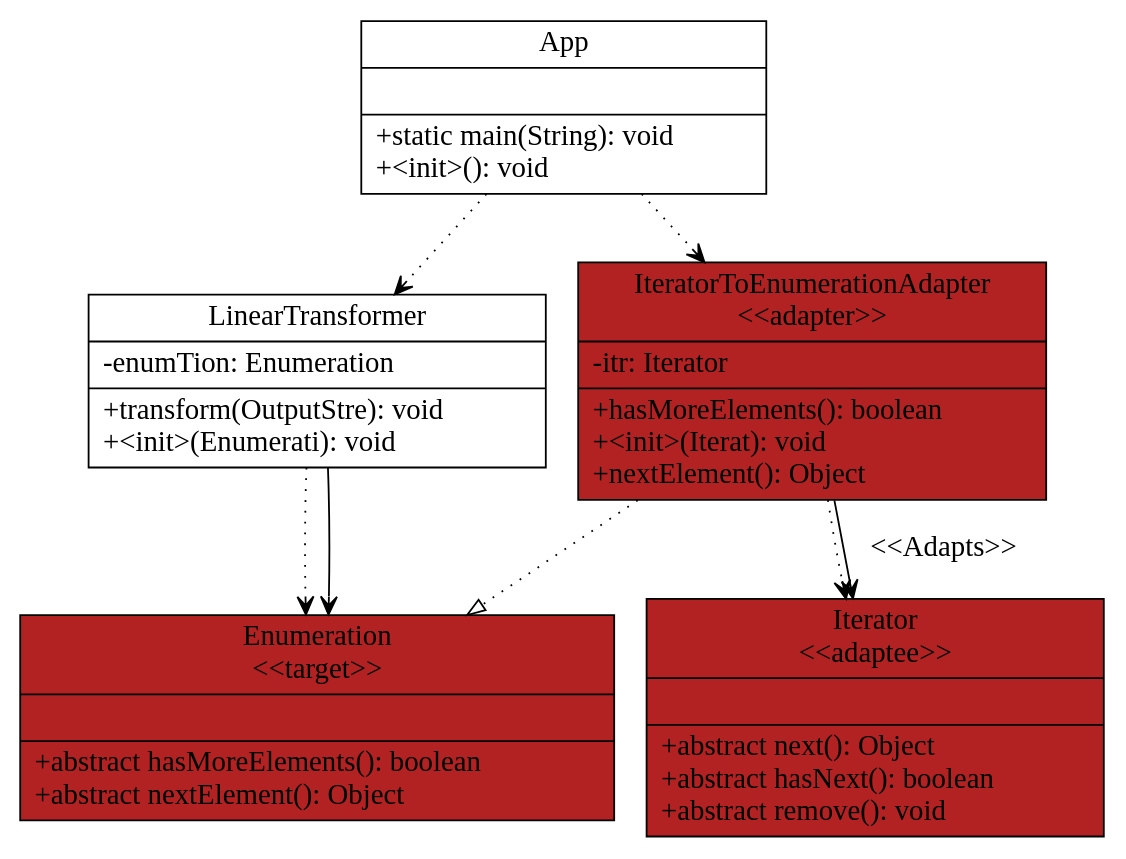
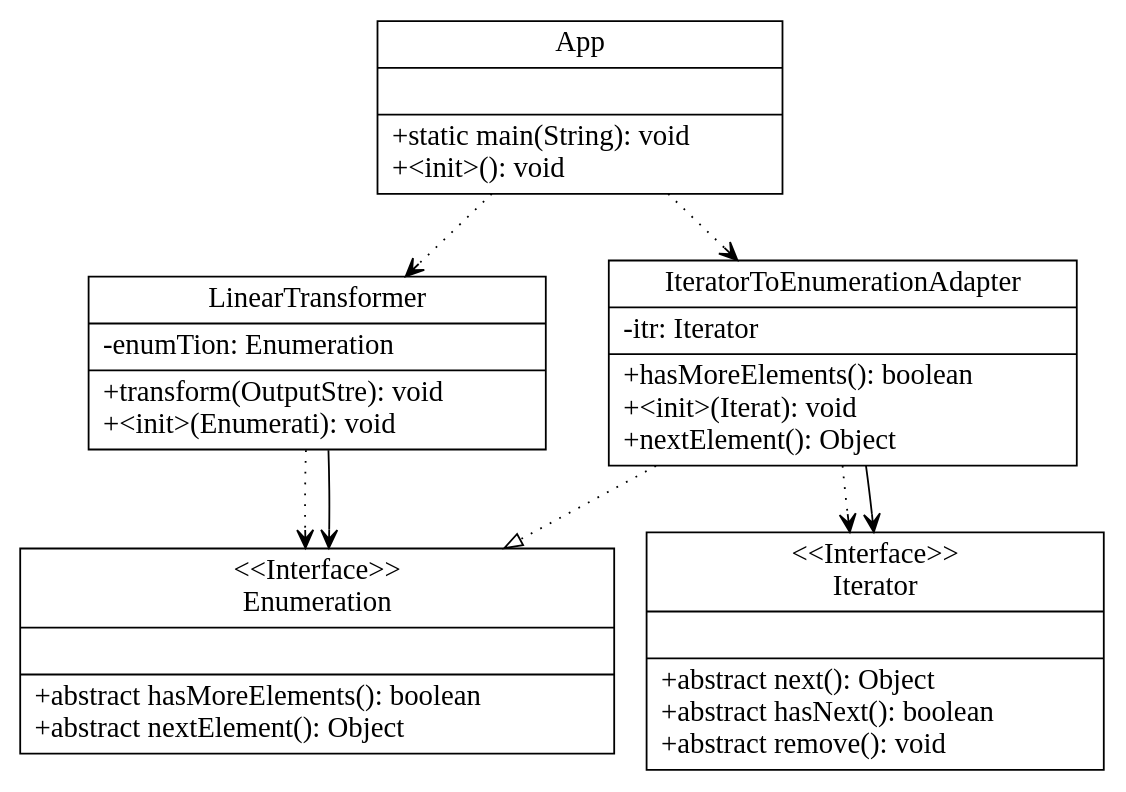
Before and after one commit to Maast3r/UMLMaker: the diagram in src/lab5one.dot, drawn with Graphviz. The commit also changed 26 other files, not shown here.

```diff
--- a/src/lab5one.dot
+++ b/src/lab5one.dot
@@ -1,54 +1,59 @@
 digraph G{
 	fontname = "Bitstream Vera Sans"
 	fontsize = 16
 
 node [
 	fontname = "Bitstream Vera Sans"
 	fontsize = 16
 
  shape = "record"
 ]
 edge [
 	fontname = "Bitstream Vera Sans"
 	fontsize = 16
 ]
 App [ 
 center=true
-    label="{App| | +static main(String): void\l+\<init\>(): void\l}"color = black
+    label="{
+App| | +static main(String): void\l+\<init\>(): void\l}"color = black
 style = filled 
  fillcolor = white
 ]
 LinearTransformer [ 
 center=true
-    label="{LinearTransformer|-enumTion: Enumeration \l | +transform(OutputStre): void\l+\<init\>(Enumerati): void\l}"color = black
+    label="{
+LinearTransformer|-enumTion: Enumeration \l | +transform(OutputStre): void\l+\<init\>(Enumerati): void\l}"color = black
 style = filled 
  fillcolor = white
 ]
 Enumeration [ 
 center=true
-    label="{Enumeration\n\<\<target\>\>| | +abstract hasMoreElements(): boolean\l+abstract nextElement(): Object\l}"color = black
+    label="{\<\<Interface\>\>\n
+Enumeration| | +abstract hasMoreElements(): boolean\l+abstract nextElement(): Object\l}"color = black
 style = filled 
- fillcolor = firebrick
+ fillcolor = white
 ]
 Iterator [ 
 center=true
-    label="{Iterator\n\<\<adaptee\>\>| | +abstract next(): Object\l+abstract hasNext(): boolean\l+abstract remove(): void\l}"color = black
+    label="{\<\<Interface\>\>\n
+Iterator| | +abstract next(): Object\l+abstract hasNext(): boolean\l+abstract remove(): void\l}"color = black
 style = filled 
- fillcolor = firebrick
+ fillcolor = white
 ]
 IteratorToEnumerationAdapter [ 
 center=true
-    label="{IteratorToEnumerationAdapter\n\<\<adapter\>\>|-itr: Iterator \l | +hasMoreElements(): boolean\l+\<init\>(Iterat): void\l+nextElement(): Object\l}"color = black
+    label="{
+IteratorToEnumerationAdapter|-itr: Iterator \l | +hasMoreElements(): boolean\l+\<init\>(Iterat): void\l+nextElement(): Object\l}"color = black
 style = filled 
- fillcolor = firebrick
+ fillcolor = white
 ]
 App -> LinearTransformer[arrowhead = vee, style = dotted]
 App -> IteratorToEnumerationAdapter[arrowhead = vee, style = dotted]
 LinearTransformer -> Enumeration[arrowhead = vee, style = dotted]
 LinearTransformer -> Enumeration[arrowhead = vee]
 IteratorToEnumerationAdapter -> Iterator[arrowhead = vee, style = dotted]
-IteratorToEnumerationAdapter -> Iterator [arrowhead = vee,label="\<\<Adapts\>\>"]
+IteratorToEnumerationAdapter -> Iterator[arrowhead = vee]
 IteratorToEnumerationAdapter -> Enumeration[arrowhead = onormal,style = dotted]
 
 
 }
```
